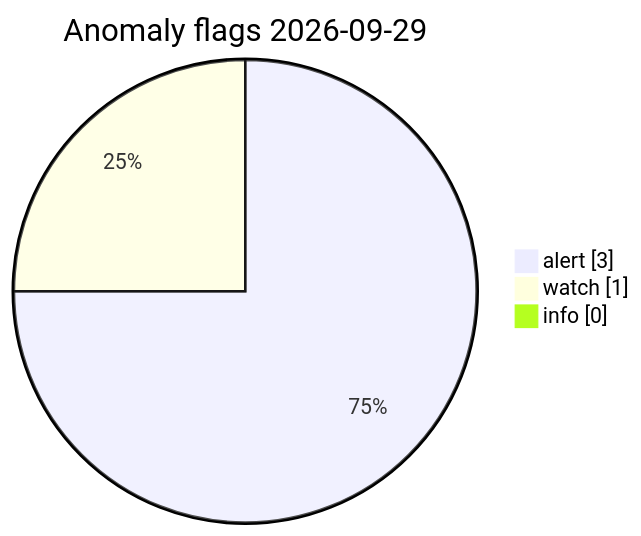
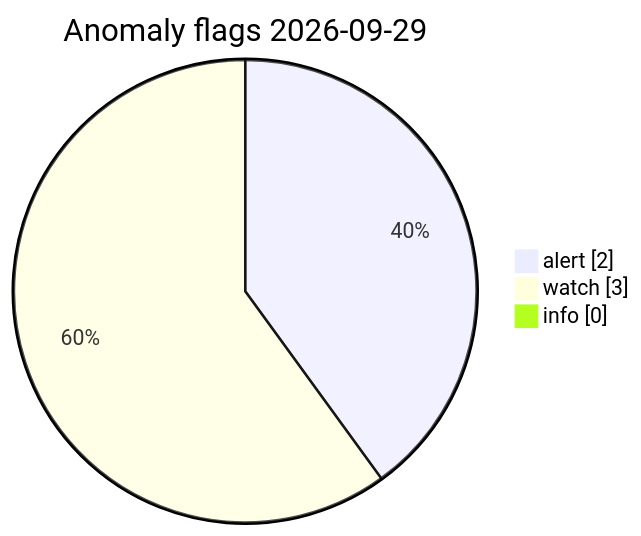
One commit to Midwest-Stratospheric/Unified-Open-Global-Weather changed the diagram in visuals/2026-09-29/CHARTS.md. Above: the diagram before and after it, drawn with Mermaid. The commit also changed other lines of this file and 13 other files, not shown here.

Commit message:
data(visuals): automated charts 2026-09-29T16:03Z

````diff
--- a/visuals/2026-09-29/CHARTS.md
+++ b/visuals/2026-09-29/CHARTS.md
@@ -73,7 +73,7 @@
 ```mermaid
 pie showData
   title Anomaly flags 2026-09-29
-  "alert" : 3
-  "watch" : 1
+  "alert" : 2
+  "watch" : 3
   "info" : 0
 ```
````
